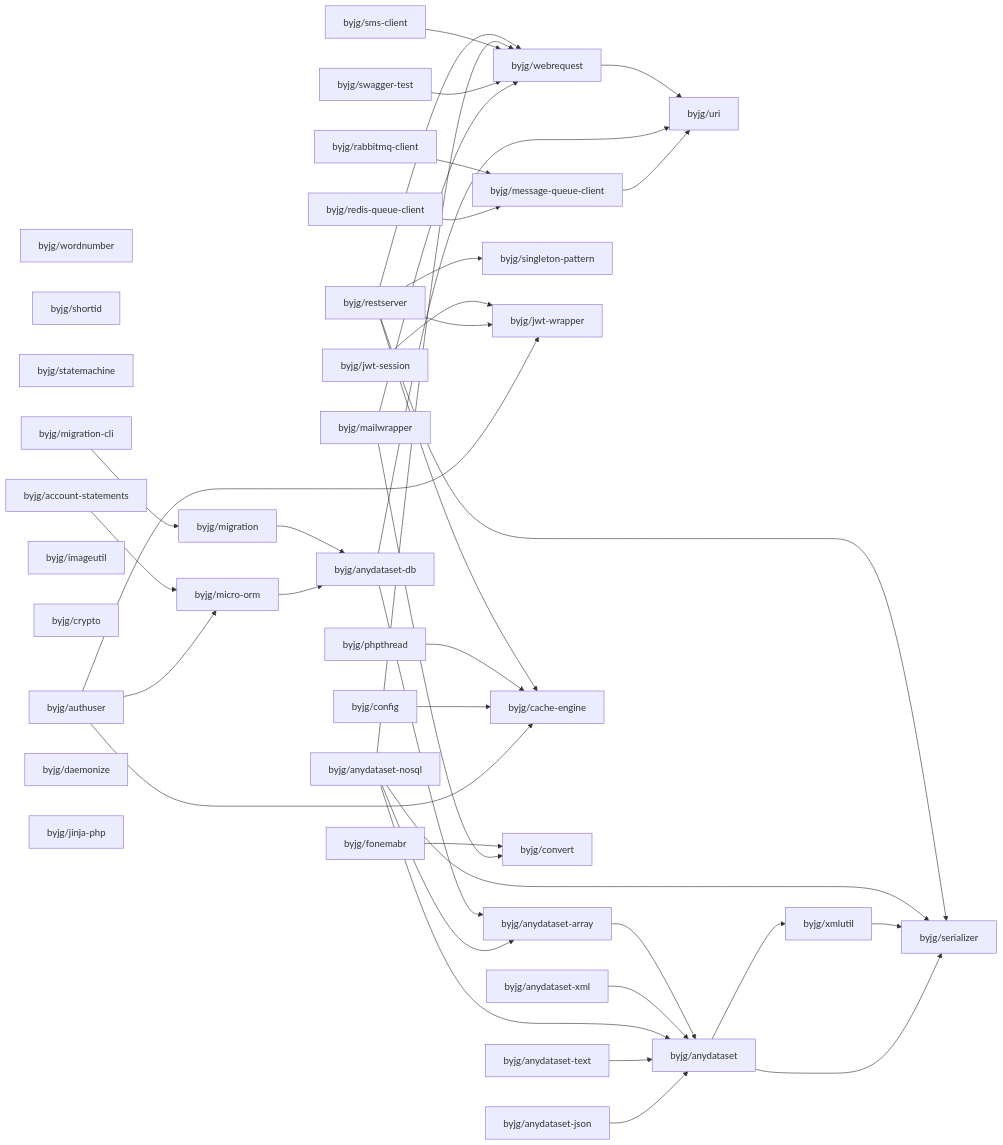
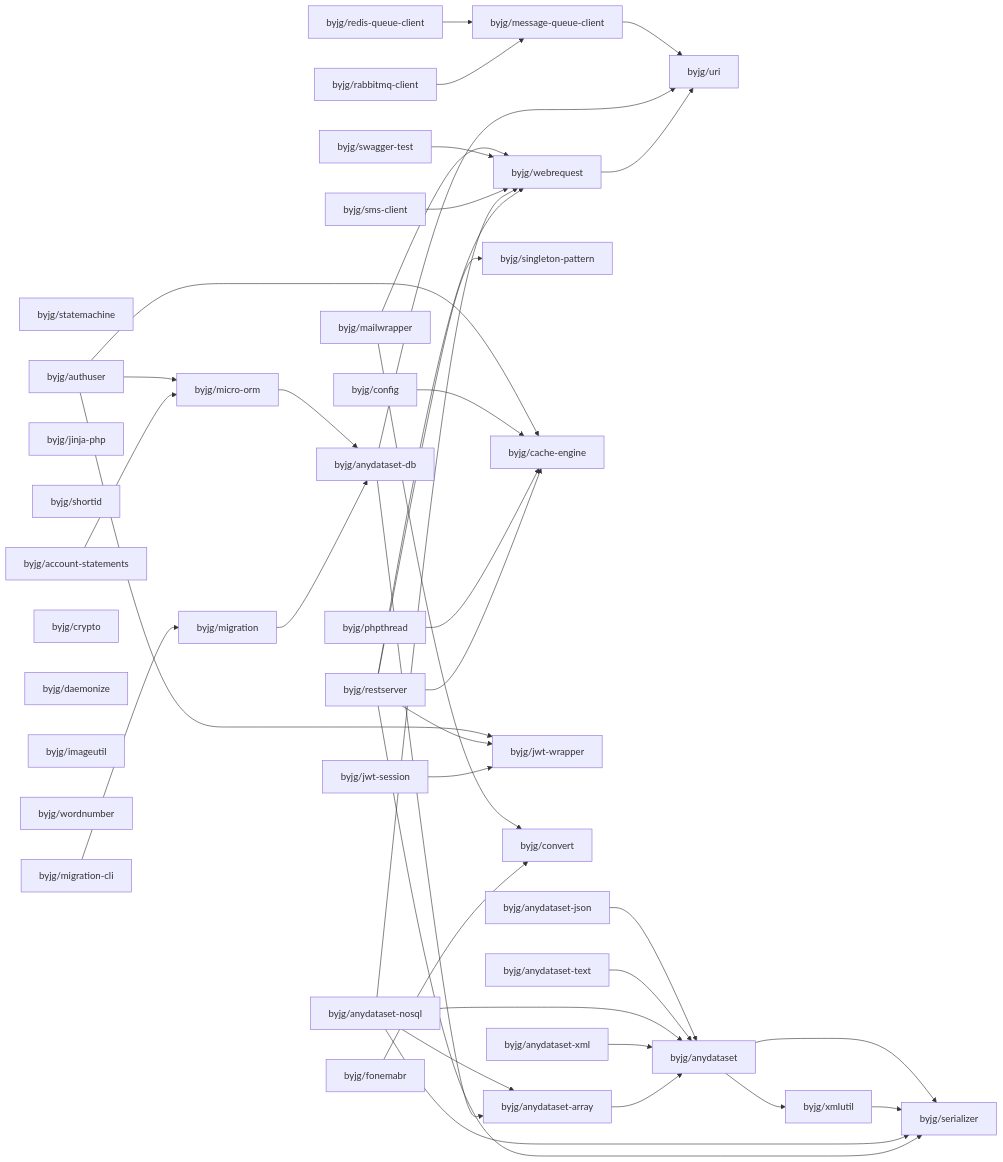
One commit to byjg/byjg.github.io changed the diagram in docs/php/README.md. Above: the diagram before and after it, drawn with Mermaid. The commit also changed other lines of this file and 1 other file, not shown here.

Commit message:
Update documentation 'php' 'php-rabbitmq-client'

````diff
--- a/docs/php/README.md
+++ b/docs/php/README.md
@@ -3,78 +3,78 @@
 ```mermaid
 graph LR;
-  byjg/wordnumber;
+  byjg/statemachine;
+  byjg/anydataset-xml;
+  byjg/config;
+  byjg/mailwrapper;
+  byjg/authuser;
+  byjg/jinja-php;
   byjg/shortid;
+  byjg/phpthread;
+  byjg/account-statements;
   byjg/restserver;
-  byjg/anydataset-json;
-  byjg/redis-queue-client;
-  byjg/statemachine;
-  byjg/account-statements;
-  byjg/anydataset-nosql;
-  byjg/jwt-session;
-  byjg/authuser;
-  byjg/imageutil;
-  byjg/anydataset-xml;
   byjg/crypto;
-  byjg/rabbitmq-client;
-  byjg/anydataset-text;
-  byjg/sms-client;
-  byjg/phpthread;
-  byjg/config;
-  byjg/migration-cli;
-  byjg/mailwrapper;
-  byjg/fonemabr;
   byjg/swagger-test;
   byjg/daemonize;
-  byjg/jinja-php;
+  byjg/imageutil;
+  byjg/jwt-session;
+  byjg/sms-client;
+  byjg/fonemabr;
+  byjg/wordnumber;
+  byjg/anydataset-json;
+  byjg/anydataset-nosql;
+  byjg/redis-queue-client;
+  byjg/anydataset-text;
+  byjg/rabbitmq-client;
+  byjg/migration-cli;
+  byjg/micro-orm;
   byjg/singleton-pattern;
-  byjg/micro-orm;
+  byjg/cache-engine;
   byjg/jwt-wrapper;
-  byjg/message-queue-client;
-  byjg/cache-engine;
-  byjg/migration;
   byjg/convert;
   byjg/webrequest;
+  byjg/message-queue-client;
+  byjg/migration;
   byjg/anydataset-db;
   byjg/anydataset-array;
   byjg/uri;
   byjg/anydataset;
   byjg/xmlutil;
   byjg/serializer;
   byjg/account-statements --> byjg/micro-orm;
   byjg/fonemabr --> byjg/convert;
   byjg/webrequest --> byjg/uri;
   byjg/anydataset-array --> byjg/anydataset;
   byjg/anydataset-xml --> byjg/anydataset;
   byjg/rabbitmq-client --> byjg/message-queue-client;
   byjg/redis-queue-client --> byjg/message-queue-client;
   byjg/jwt-session --> byjg/jwt-wrapper;
   byjg/anydataset-db --> byjg/anydataset-array;
   byjg/anydataset-db --> byjg/uri;
   byjg/restserver --> byjg/serializer;
   byjg/restserver --> byjg/singleton-pattern;
   byjg/restserver --> byjg/cache-engine;
   byjg/restserver --> byjg/webrequest;
   byjg/restserver --> byjg/jwt-wrapper;
   byjg/migration --> byjg/anydataset-db;
   byjg/anydataset-nosql --> byjg/anydataset;
   byjg/anydataset-nosql --> byjg/anydataset-array;
   byjg/anydataset-nosql --> byjg/serializer;
   byjg/anydataset-nosql --> byjg/webrequest;
   byjg/phpthread --> byjg/cache-engine;
   byjg/sms-client --> byjg/webrequest;
   byjg/swagger-test --> byjg/webrequest;
   byjg/migration-cli --> byjg/migration;
   byjg/config --> byjg/cache-engine;
   byjg/anydataset-text --> byjg/anydataset;
   byjg/micro-orm --> byjg/anydataset-db;
   byjg/authuser --> byjg/micro-orm;
   byjg/authuser --> byjg/cache-engine;
   byjg/authuser --> byjg/jwt-wrapper;
   byjg/anydataset-json --> byjg/anydataset;
   byjg/mailwrapper --> byjg/convert;
   byjg/mailwrapper --> byjg/webrequest;
   byjg/xmlutil --> byjg/serializer;
   byjg/anydataset --> byjg/serializer;
   byjg/anydataset --> byjg/xmlutil;
   byjg/message-queue-client --> byjg/uri;
 ```
````
